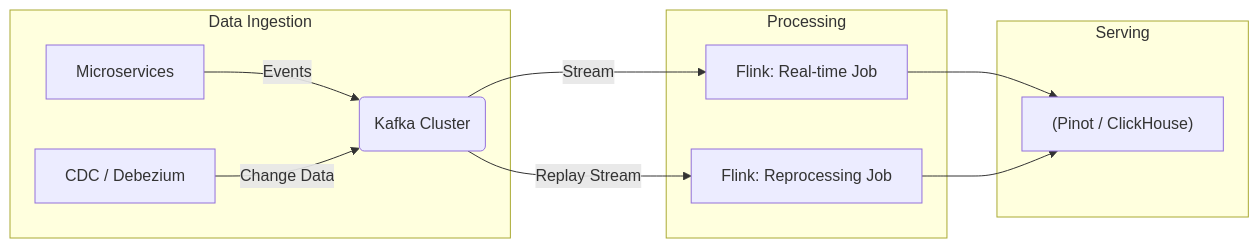
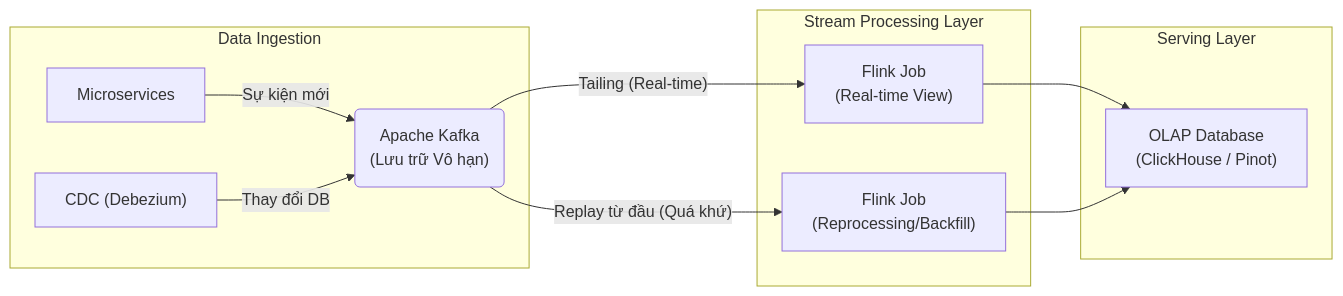
The diagram in src/content/docs/concepts/1-distributed-systems-architecture/real-time-architecture.md (kythuatdulieu/kythuatdulieu.github.io), drawn with Mermaid before and after one commit. The commit also changed other lines of this file and 213 other files, not shown here.

Commit message:
Fix syntax and rewrite 200+ concepts docs to deep-dive system architecture and add GA4 tracking to quiz app

````diff
--- a/src/content/docs/concepts/1-distributed-systems-architecture/real-time-architecture.md
+++ b/src/content/docs/concepts/1-distributed-systems-architecture/real-time-architecture.md
@@ -59,15 +65,15 @@
 ```mermaid
 graph LR
     subgraph Data Ingestion
-        A[Microservices] -->|Events| K("Kafka Cluster")
-        B["CDC / Debezium"] -->|Change Data| K
+        A[Microservices] -->|Sự kiện mới| K("Apache Kafka\n(Lưu trữ Vô hạn)")
+        B["CDC (Debezium)"] -->|Thay đổi DB| K
     end
-    subgraph Processing
-        K -->|Stream| F1["Flink: Real-time Job"]
-        K -->|Replay Stream| F2["Flink: Reprocessing Job"]
+    subgraph Stream Processing Layer
+        K -->|"Tailing (Real-time)"| F1["Flink Job\n(Real-time View)"]
+        K -->|"Replay từ đầu (Quá khứ)"| F2["Flink Job\n(Reprocessing/Backfill)"]
     end
-    subgraph Serving
-        F1 --> O["(Pinot / ClickHouse)"]
+    subgraph Serving Layer
+        F1 --> O["OLAP Database\n(ClickHouse / Pinot)"]
         F2 --> O
     end
 ```
````
